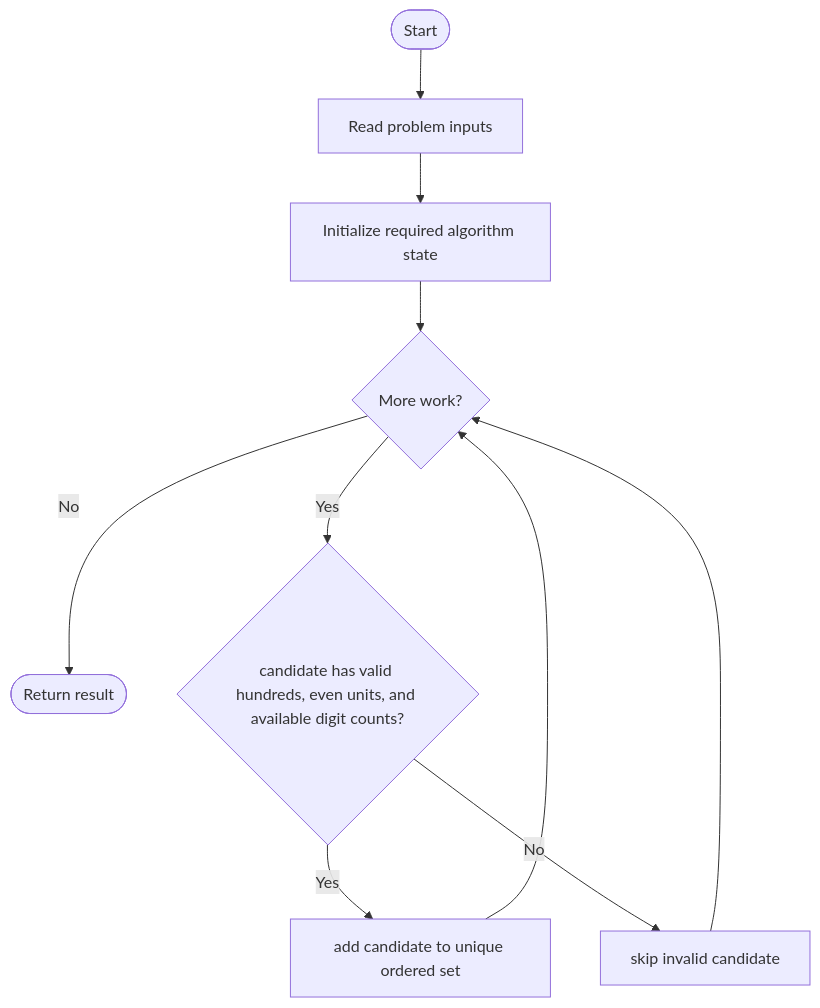
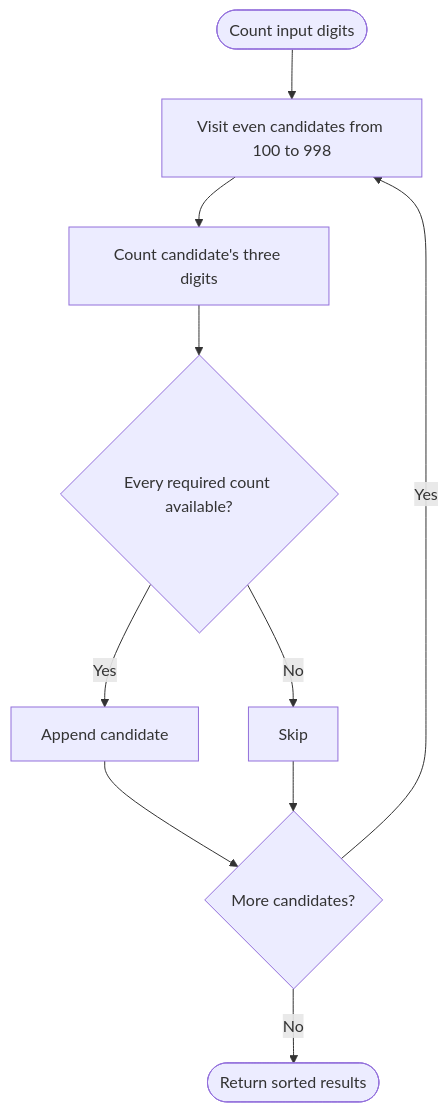
One commit to SAIDEEPBHANGE/C-CPP-Codes changed the diagram in LeetCode/2094/README.md. Above: the diagram before and after it, drawn with Mermaid. The commit also changed other lines of this file and 196 other files, not shown here.

````diff
--- a/LeetCode/2094/README.md
+++ b/LeetCode/2094/README.md
@@ -13,12 +32,12 @@
 ```mermaid
 flowchart TD
-    A([Start]) --> B[Read problem inputs]
-    B --> C[Initialize required algorithm state]
-    C --> D{More work?}
-    D -- No --> Z([Return result])
-    D -- Yes --> E{candidate has valid hundreds, even units, and available digit counts?}
-    E -- Yes --> F[add candidate to unique ordered set]
-    E -- No --> G[skip invalid candidate]
-    F --> D
-    G --> D
+    A([Count input digits]) --> B[Visit even candidates from 100 to 998]
+    B --> C[Count candidate's three digits]
+    C --> D{Every required count available?}
+    D -- Yes --> E[Append candidate]
+    D -- No --> F[Skip]
+    E --> G{More candidates?}
+    F --> G
+    G -- Yes --> B
+    G -- No --> Z([Return sorted results])
 ```
````
